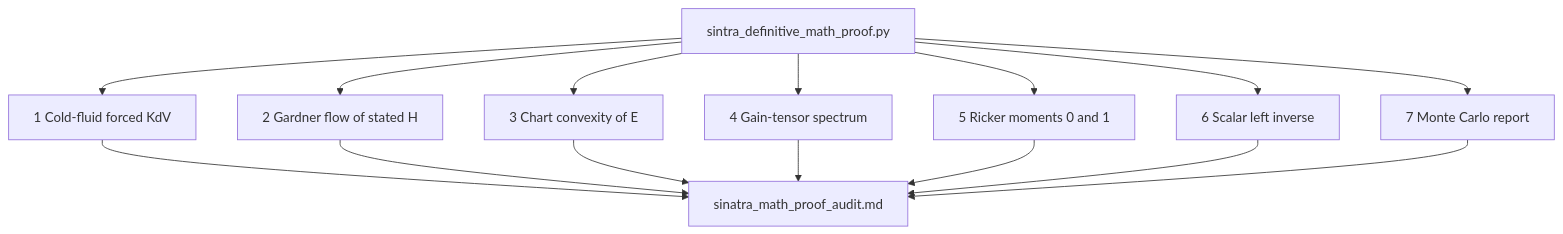
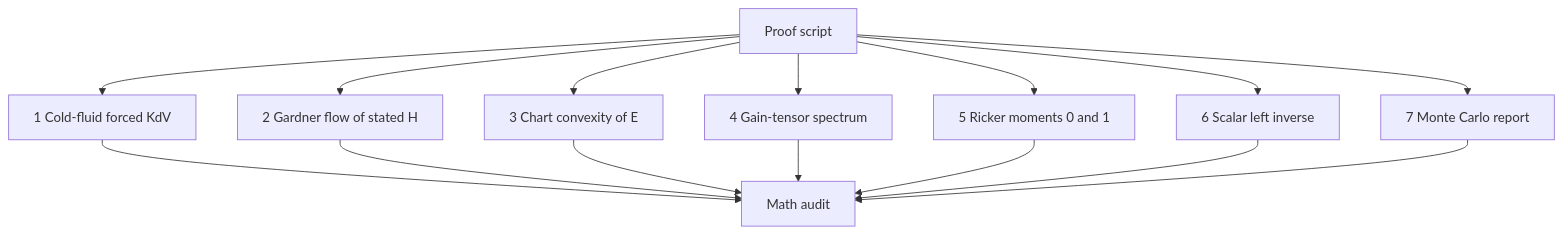
The diagram in diagrams/proof-claims.mmd (code4johnm/sinatra_audit), drawn with Mermaid before and after one commit. The commit also changed 6 other files, not shown here.

First line of the commit message:
Render audit equations as Unicode and repair diagrams.

```diff
--- a/diagrams/proof-claims.mmd
+++ b/diagrams/proof-claims.mmd
@@ -1,25 +1,25 @@
 graph TD
-  code[sintra_definitive_math_proof.py]
+  code[Proof script]
   id1[1 Cold-fluid forced KdV]
   id2[2 Gardner flow of stated H]
   id3[3 Chart convexity of E]
   id4[4 Gain-tensor spectrum]
   id5[5 Ricker moments 0 and 1]
   id6[6 Scalar left inverse]
   sim[7 Monte Carlo report]
-  audit[sinatra_math_proof_audit.md]
+  audit[Math audit]
 
   code --> id1
   code --> id2
   code --> id3
   code --> id4
   code --> id5
   code --> id6
   code --> sim
   id1 --> audit
   id2 --> audit
   id3 --> audit
   id4 --> audit
   id5 --> audit
   id6 --> audit
   sim --> audit
```
